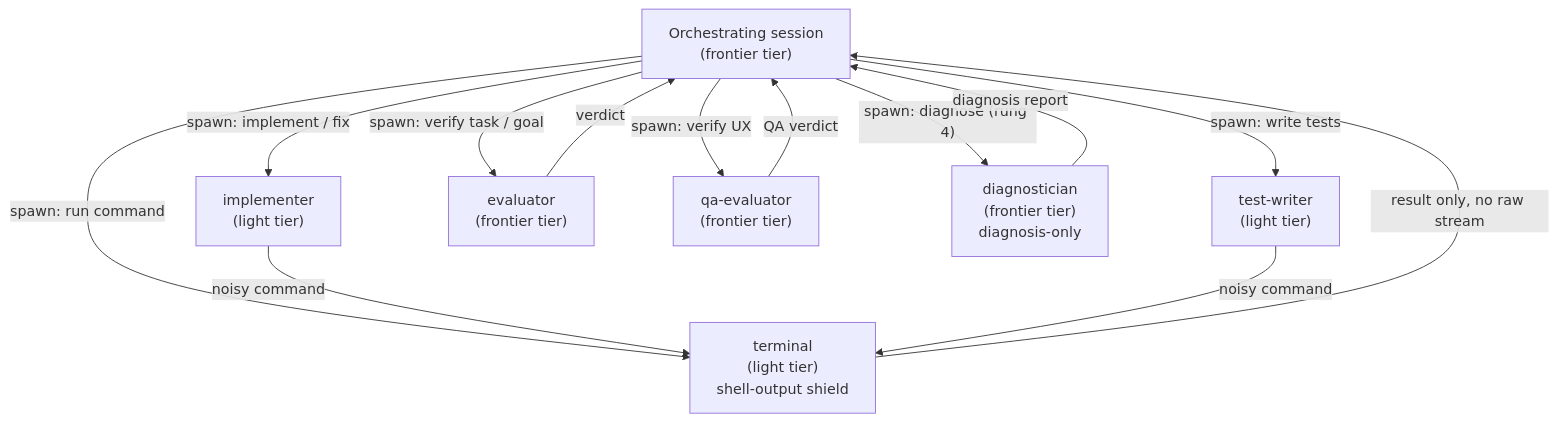
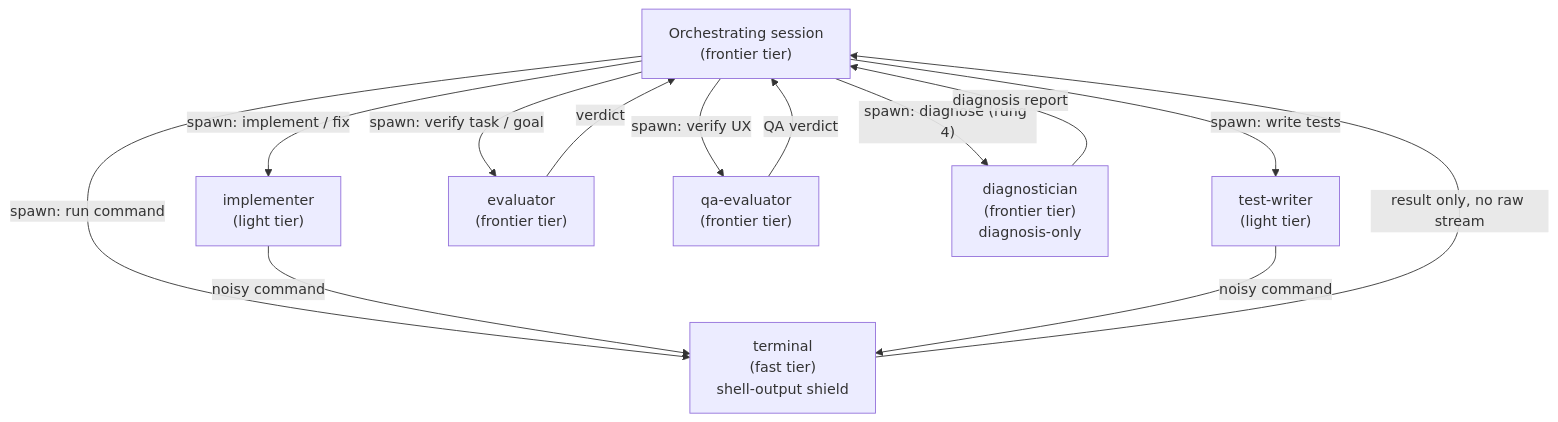
The diagram in docs/guide/agents-and-models.md (kdcllc/skills), drawn with Mermaid before and after one commit. The commit also changed other lines of this file and 29 other files, not shown here.

````diff
--- a/docs/guide/agents-and-models.md
+++ b/docs/guide/agents-and-models.md
@@ -146,23 +146,23 @@
 ```mermaid
 flowchart TD
     Orch["Orchestrating session\n(frontier tier)"]
     Impl["implementer\n(light tier)"]
     TW["test-writer\n(light tier)"]
-    Term["terminal\n(light tier)\nshell-output shield"]
+    Term["terminal\n(fast tier)\nshell-output shield"]
     Eval["evaluator\n(frontier tier)"]
     QA["qa-evaluator\n(frontier tier)"]
     Diag["diagnostician\n(frontier tier)\ndiagnosis-only"]
 
     Orch -->|"spawn: implement / fix"| Impl
     Orch -->|"spawn: write tests"| TW
     Orch -->|"spawn: run command"| Term
     Orch -->|"spawn: verify task / goal"| Eval
     Orch -->|"spawn: verify UX"| QA
     Orch -->|"spawn: diagnose (rung 4)"| Diag
     Impl -->|"noisy command"| Term
     TW -->|"noisy command"| Term
     Term -->|"result only, no raw stream"| Orch
     Eval -->|"verdict"| Orch
     QA -->|"QA verdict"| Orch
     Diag -->|"diagnosis report"| Orch
 ```
````
